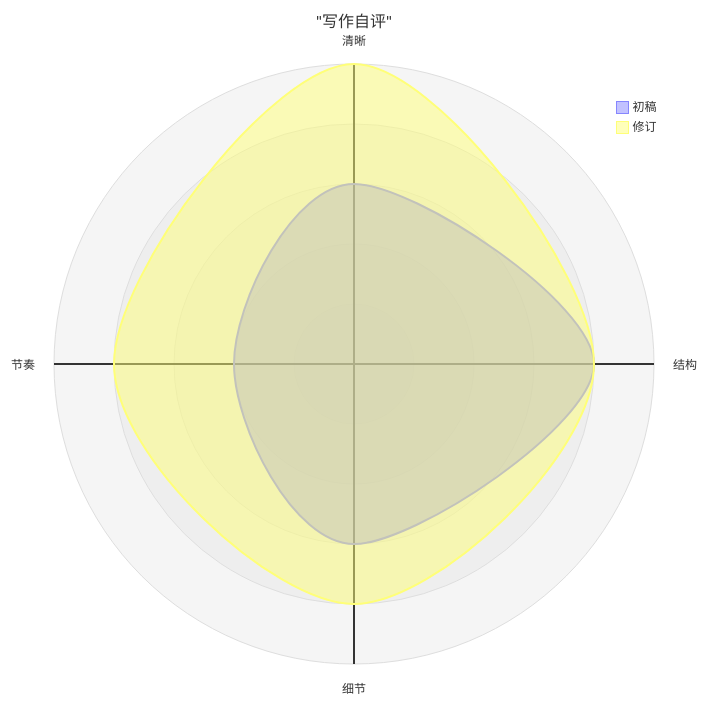
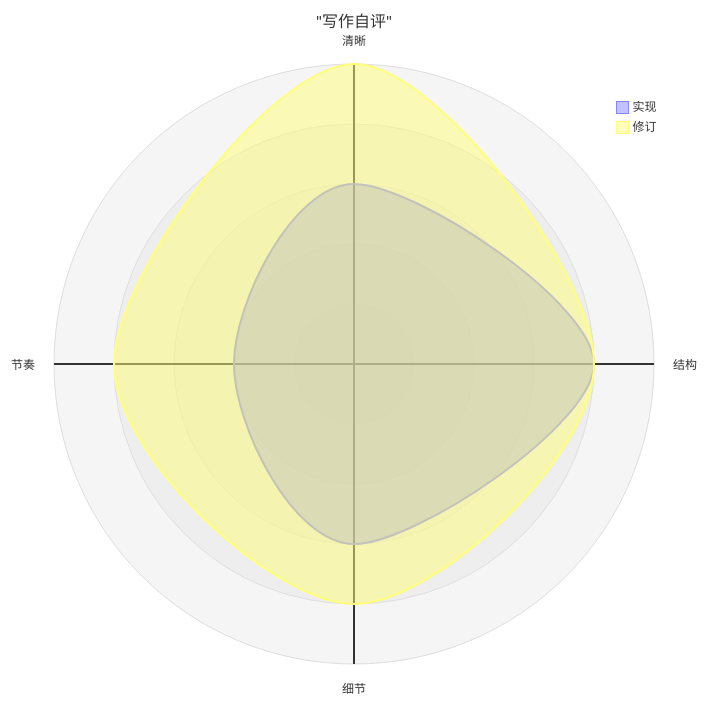
Before and after one commit to dotnet9/Vex: diagram 21 of 22 in docs/演示文档/Mermaid 图表图鉴.md, drawn with Mermaid. The commit also changed other lines of this file and 11 other files, not shown here.

````diff
--- a/docs/演示文档/Mermaid 图表图鉴.md
+++ b/docs/演示文档/Mermaid 图表图鉴.md
@@ -275,8 +283,8 @@
 ```mermaid
 radar-beta
   title "写作自评"
   axis clarity["清晰"], structure["结构"], detail["细节"], rhythm["节奏"]
-  curve draft["初稿"]{3, 4, 3, 2}
+  curve draft["实现"]{3, 4, 3, 2}
   curve revised["修订"]{5, 4, 4, 4}
   max 5
 ```
````
